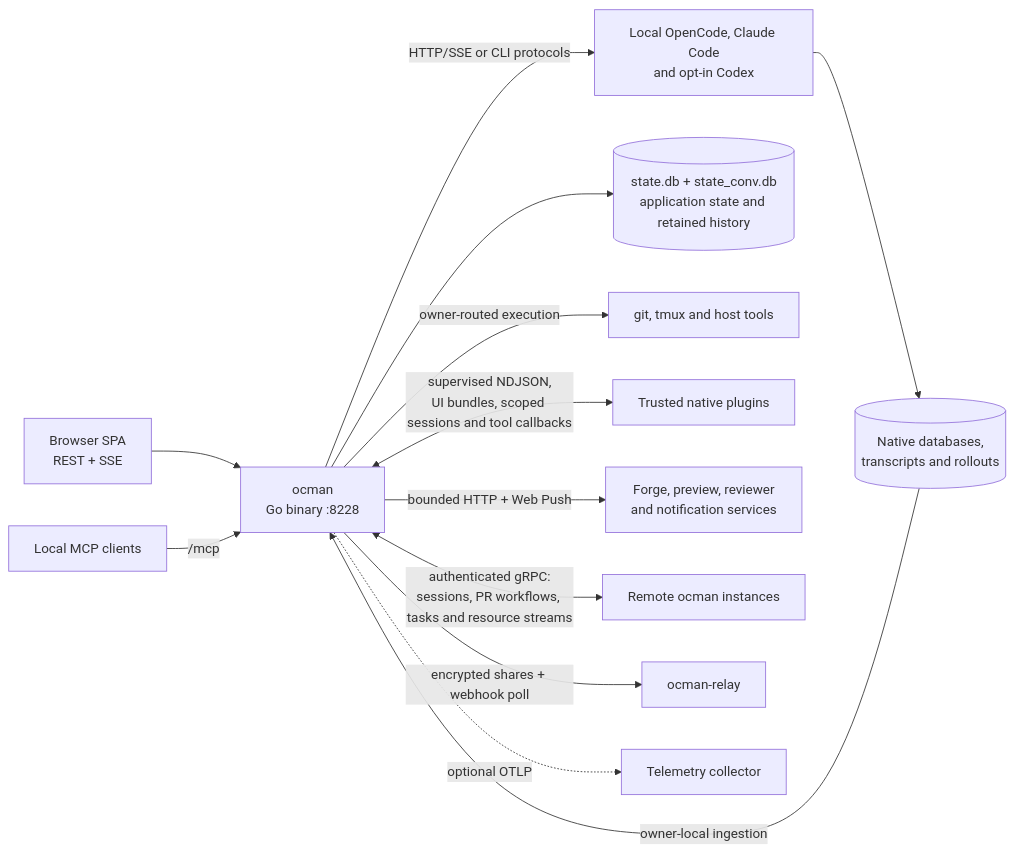
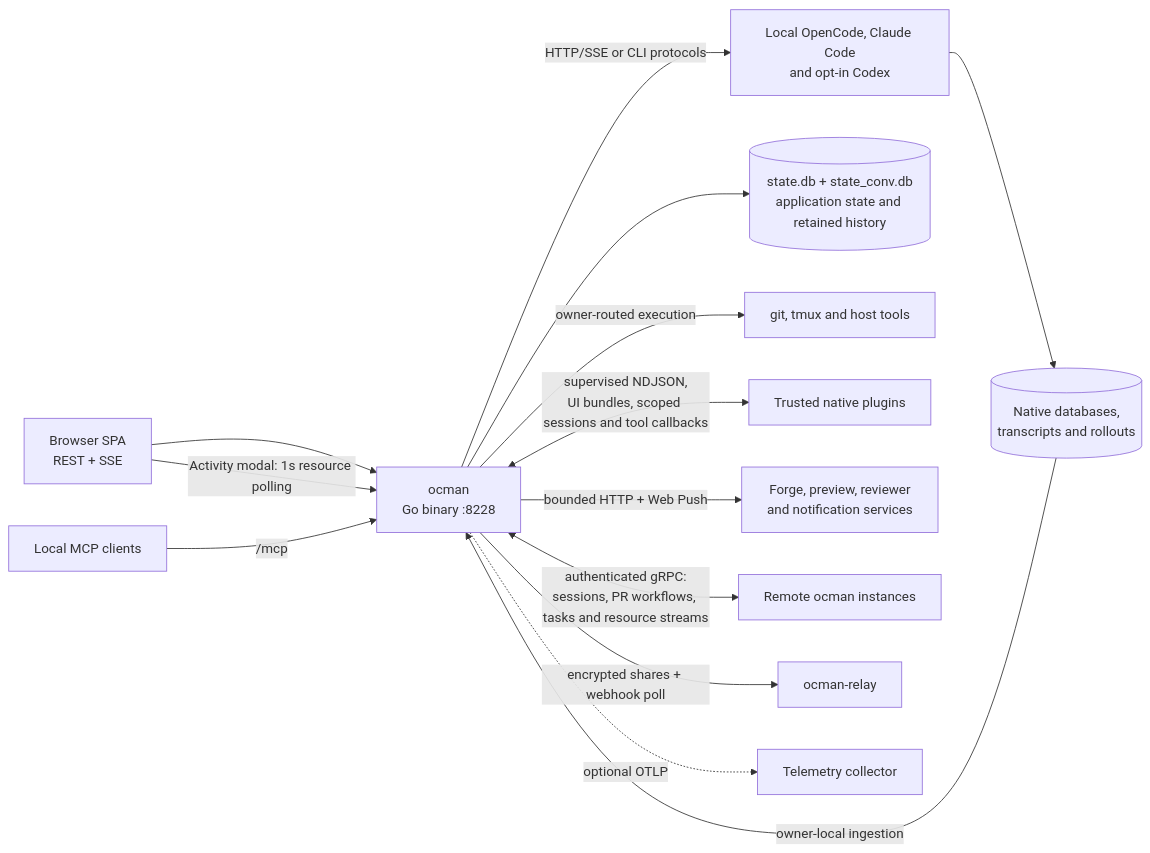
Before and after one commit to ocman/ocman: the first of 13 diagrams in docs/other/architecture.md, drawn with Mermaid. The commit also changed other lines of this file and 21 other files, not shown here.

Commit message:
feat(activity): add task and live resource modal

````diff
--- a/docs/other/architecture.md
+++ b/docs/other/architecture.md
@@ -21,15 +21,16 @@
 ```mermaid
 flowchart LR
     Browser[Browser SPA<br/>REST + SSE] --> Ocman[ocman<br/>Go binary :8228]
     Agent[Local MCP clients] -->|/mcp| Ocman
     Ocman -->|HTTP/SSE or CLI protocols| Platforms[Local OpenCode, Claude Code<br/>and opt-in Codex]
     Platforms --> Native[(Native databases,<br/>transcripts and rollouts)]
     Native -->|owner-local ingestion| Ocman
     Ocman --> Stores[(state.db + state_conv.db<br/>application state and retained history)]
     Ocman -->|owner-routed execution| Tools[git, tmux and host tools]
+    Browser -->|Activity modal: 1s resource polling| Ocman
     Ocman <-->|supervised NDJSON,<br/>UI bundles, scoped sessions and tool callbacks| Plugins[Trusted native plugins]
     Ocman -->|bounded HTTP + Web Push| Services[Forge, preview, reviewer<br/>and notification services]
     Ocman <-->|authenticated gRPC:<br/>sessions, PR workflows, tasks and resource streams| Remotes[Remote ocman instances]
     Ocman -->|encrypted shares + webhook poll| Relay[ocman-relay]
     Ocman -.->|optional OTLP| Otel[Telemetry collector]
 ```
````
